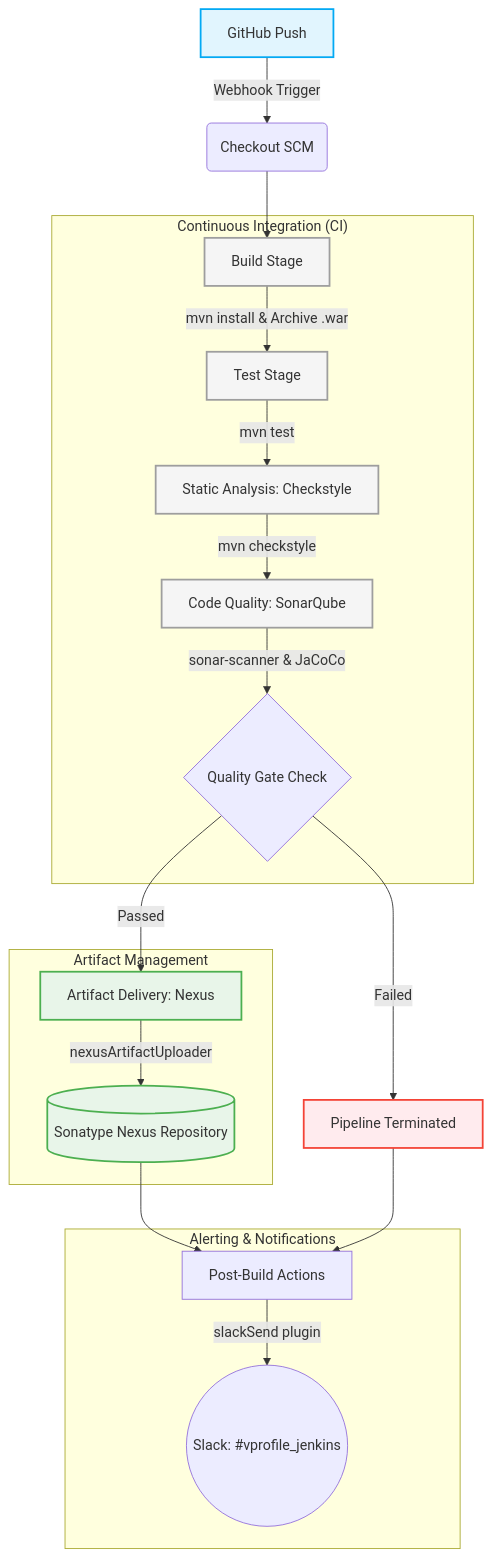
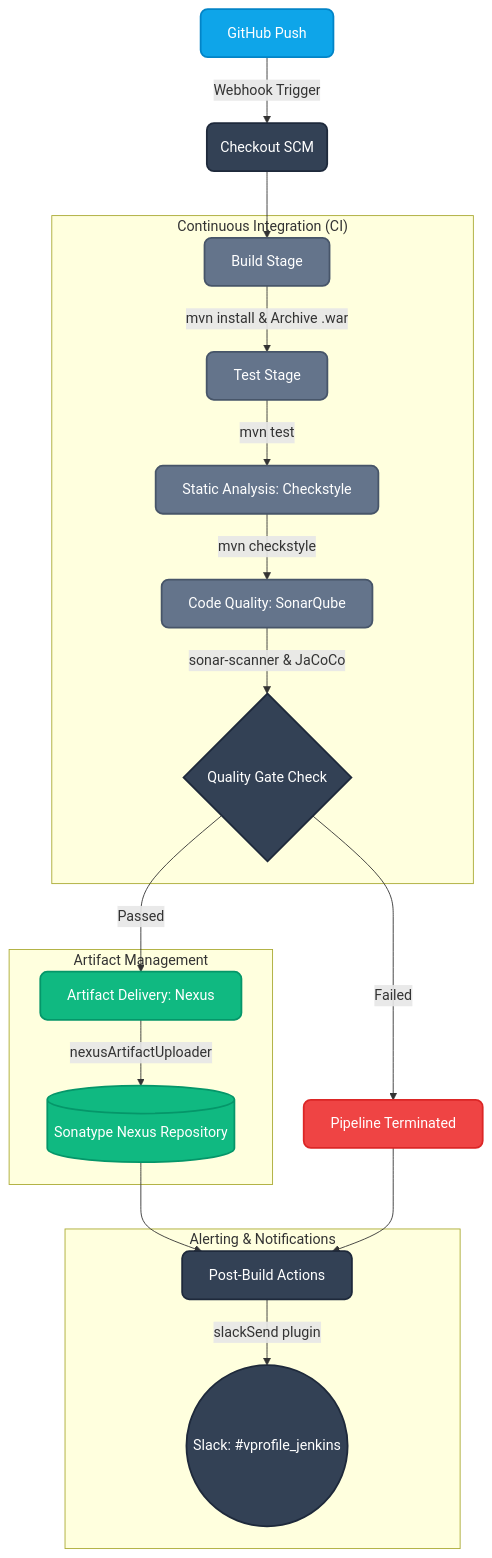
Before and after one commit to emadsingab/jenkins-full-pipeline-project: the diagram in README.md, drawn with Mermaid. The commit also changed other lines of this file, not shown here.

````diff
--- a/README.md
+++ b/README.md
@@ -17,38 +17,39 @@
 ```mermaid
 graph TD
     %% Define Nodes
     A[GitHub Push] -->|Webhook Trigger| B(Checkout SCM)
     B --> C[Build Stage]
     
     subgraph "Continuous Integration (CI)"
         C -->|mvn install & Archive .war| D[Test Stage]
         D -->|mvn test| E[Static Analysis: Checkstyle]
         E -->|mvn checkstyle| F[Code Quality: SonarQube]
         F -->|sonar-scanner & JaCoCo| G{Quality Gate Check}
     end
 
     G -->|Passed| H[Artifact Delivery: Nexus]
     G -->|Failed| Z[Pipeline Terminated]
     
     subgraph "Artifact Management"
         H -->|nexusArtifactUploader| I[(Sonatype Nexus Repository)]
     end
     
     I --> J[Post-Build Actions]
     Z --> J
     
     subgraph "Alerting & Notifications"
         J -->|slackSend plugin| K((Slack: #vprofile_jenkins))
     end
     
     %% Styling
-    classDef trigger fill:#e1f5fe,stroke:#03a9f4,stroke-width:2px;
-    classDef stage fill:#f5f5f5,stroke:#9e9e9e,stroke-width:2px;
-    classDef success fill:#e8f5e9,stroke:#4caf50,stroke-width:2px;
-    classDef fail fill:#ffebee,stroke:#f44336,stroke-width:2px;
+    classDef default fill:#334155,stroke:#1e293b,stroke-width:2px,color:#ffffff,rx:8,ry:8;
+    classDef trigger fill:#0ea5e9,stroke:#0284c7,stroke-width:2px,color:#ffffff,rx:8,ry:8;
+    classDef stage fill:#64748b,stroke:#475569,stroke-width:2px,color:#ffffff,rx:8,ry:8;
+    classDef success fill:#10b981,stroke:#059669,stroke-width:2px,color:#ffffff,rx:8,ry:8;
+    classDef fail fill:#ef4444,stroke:#dc2626,stroke-width:2px,color:#ffffff,rx:8,ry:8;
     
     class A trigger;
     class C,D,E,F stage;
     class H,I success;
     class Z fail;
 ```
````
